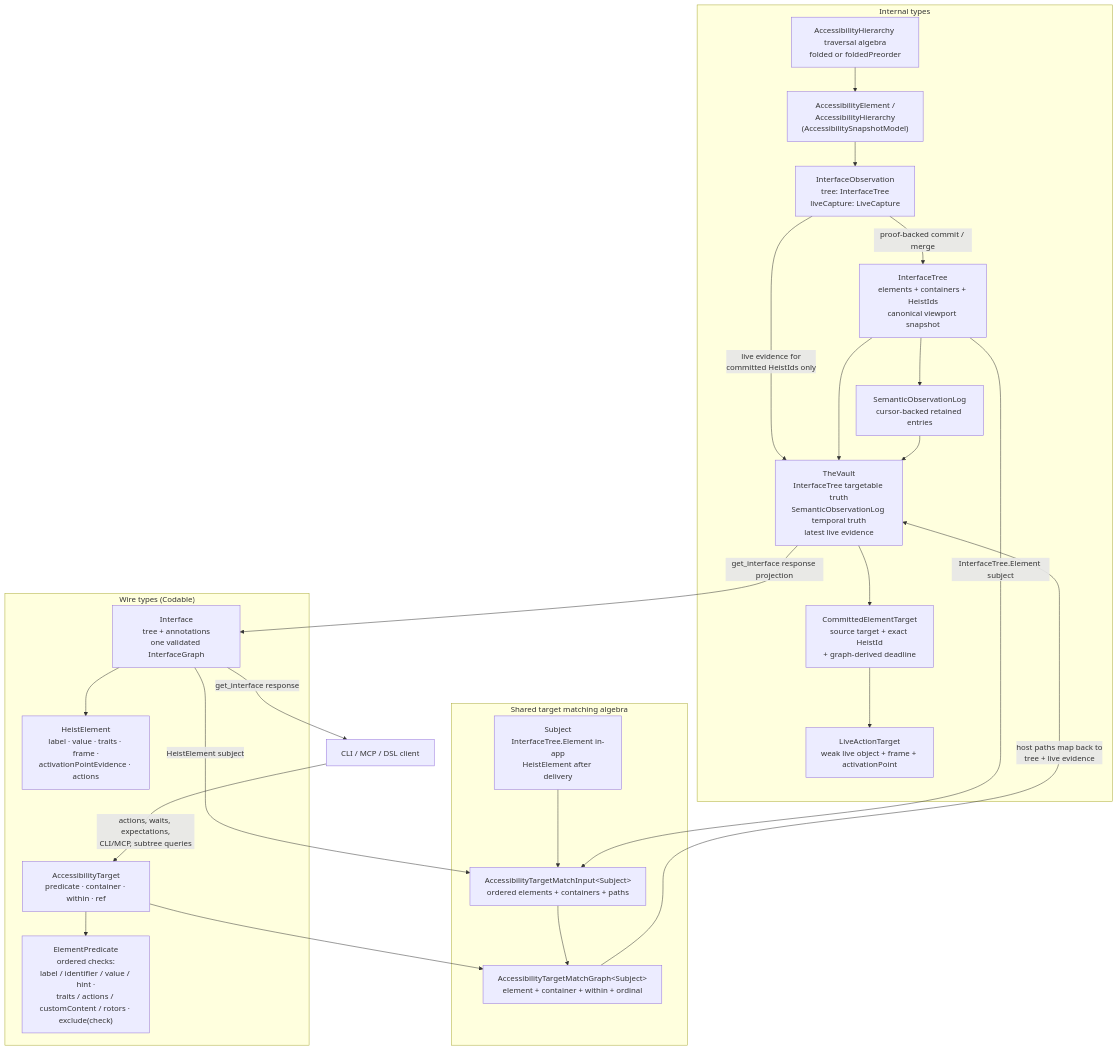
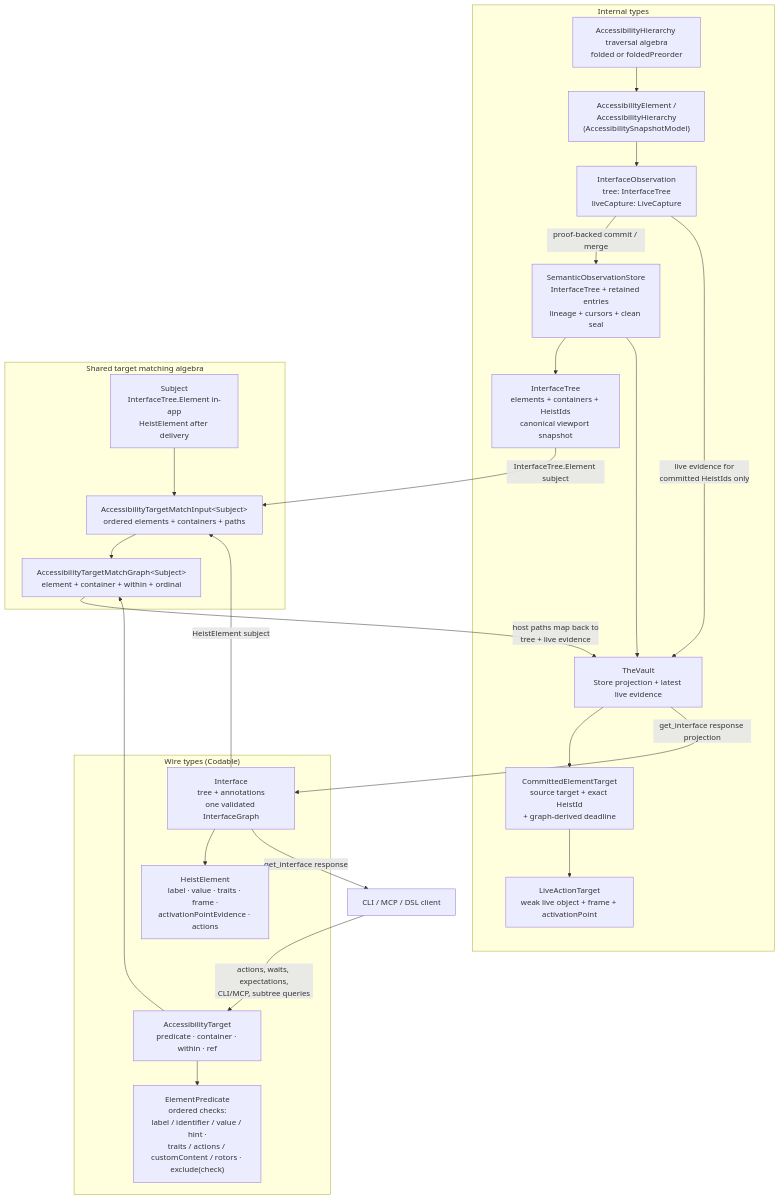
The diagram in docs/diagrams/currency-types.md (RoyalPineapple/TheButtonHeist), drawn with Mermaid before and after one commit. The commit also changed other lines of this file and 47 other files, not shown here.

````diff
--- a/docs/diagrams/currency-types.md
+++ b/docs/diagrams/currency-types.md
@@ -8,50 +8,49 @@
 ```mermaid
 flowchart TD
     subgraph internal["Internal types"]
         WALK["AccessibilityHierarchy traversal algebra<br/>folded or foldedPreorder"]
         AXE["AccessibilityElement /<br/>AccessibilityHierarchy<br/>(AccessibilitySnapshotModel)"]
         OBS["InterfaceObservation<br/>tree: InterfaceTree<br/>liveCapture: LiveCapture"]
         TREE["InterfaceTree<br/>elements + containers + HeistIds<br/>canonical viewport snapshot"]
-        LOG["SemanticObservationLog<br/>cursor-backed retained entries"]
-        STASH["TheVault<br/>InterfaceTree targetable truth<br/>SemanticObservationLog temporal truth<br/>latest live evidence"]
+        STORE["SemanticObservationStore<br/>InterfaceTree + retained entries<br/>lineage + cursors + clean seal"]
+        STASH["TheVault<br/>Store projection + latest live evidence"]
         PIN["CommittedElementTarget<br/>source target + exact HeistId<br/>+ graph-derived deadline"]
         LIVET["LiveActionTarget<br/>weak live object + frame + activationPoint"]
         WALK --> AXE
         AXE --> OBS
-        OBS -- "proof-backed commit / merge" --> TREE
+        OBS -- "proof-backed commit / merge" --> STORE
         OBS -- "live evidence for<br/>committed HeistIds only" --> STASH
-        TREE --> STASH
-        TREE --> LOG
-        LOG --> STASH
+        STORE --> TREE
+        STORE --> STASH
         STASH --> PIN
         PIN --> LIVET
     end
 
     subgraph wireTypes["Wire types (Codable)"]
         IFACE["Interface<br/>tree + annotations<br/>one validated InterfaceGraph"]
         HE["HeistElement<br/>label · value · traits · frame ·<br/>activationPointEvidence · actions"]
         ET["AccessibilityTarget<br/>predicate · container · within · ref"]
         EP["ElementPredicate<br/>ordered checks:<br/>label / identifier / value / hint ·<br/>traits / actions / customContent / rotors · exclude(check)"]
         IFACE --> HE
         HE ~~~ ET
         ET --> EP
     end
 
     subgraph matching["Shared target matching algebra"]
         SUBJECT["Subject<br/>InterfaceTree.Element in-app<br/>HeistElement after delivery"]
         INPUT["AccessibilityTargetMatchInput&lt;Subject&gt;<br/>ordered elements + containers + paths"]
         MATCH["AccessibilityTargetMatchGraph&lt;Subject&gt;<br/>element + container + within + ordinal"]
         SUBJECT --> INPUT
         INPUT --> MATCH
     end
 
     CLIENT["CLI / MCP / DSL client"]
 
     STASH -- "get_interface response projection" --> IFACE
     IFACE -- "get_interface response" --> CLIENT
     CLIENT -- "actions, waits, expectations,<br/>CLI/MCP, subtree queries" --> ET
     IFACE -- "HeistElement subject" --> INPUT
     TREE -- "InterfaceTree.Element subject" --> INPUT
     ET --> MATCH
     MATCH -- "host paths map back to<br/>tree + live evidence" --> STASH
 ```
````
